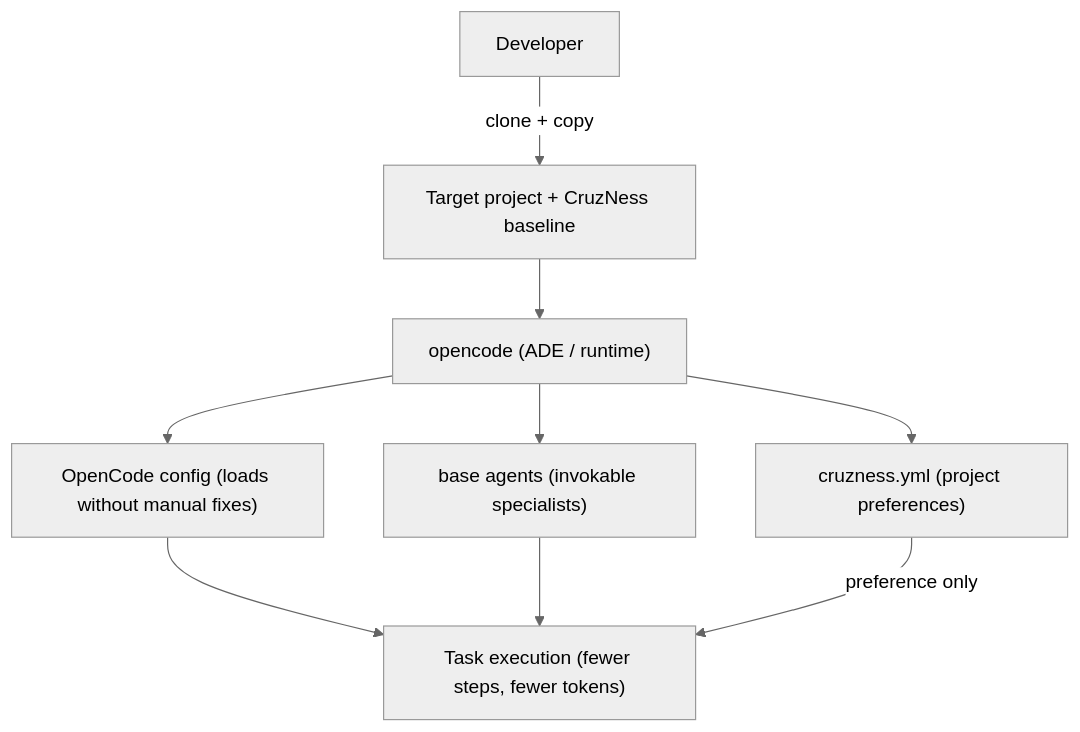
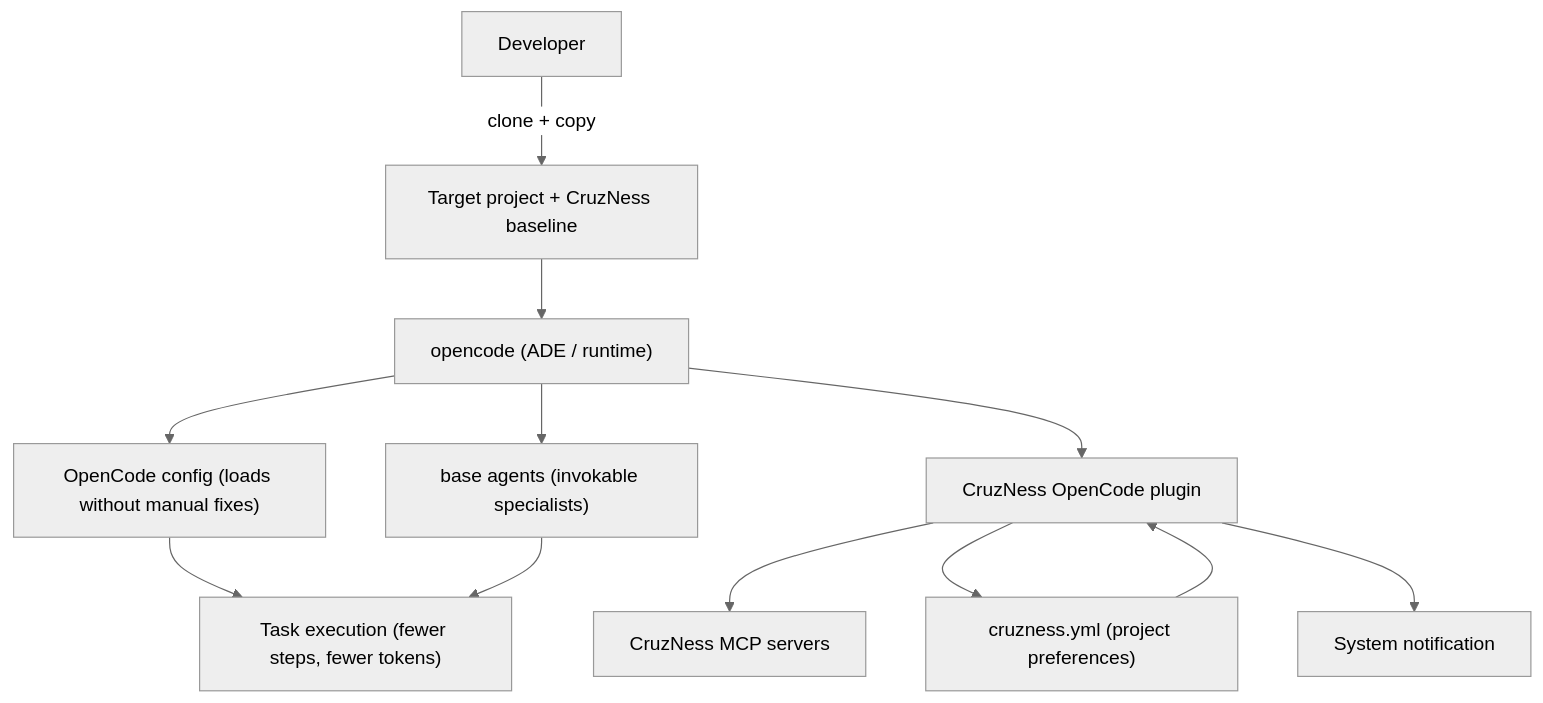
One commit to javizuurc/cruzness changed the diagram in ARCHITECTURE.md. Above: the diagram before and after it, drawn with Mermaid (neutral theme). The commit also changed other lines of this file and 16 other files, not shown here.

Commit message:
feat(plugin): implement CruzNess OpenCode plugin with notification preferences and MCP server registration

````diff
--- a/ARCHITECTURE.md
+++ b/ARCHITECTURE.md
@@ -13,11 +13,14 @@
 ```mermaid
 flowchart TD
   Dev[Developer] -->|clone + copy| Target["Target project + CruzNess baseline"]
   Target --> Runtime["opencode (ADE / runtime)"]
   Runtime --> Config["OpenCode config (loads without manual fixes)"]
-  Runtime --> Cruzness["cruzness.yml (project preferences)"]
+  Runtime --> CruznessPlugin["CruzNess OpenCode plugin"]
+  CruznessPlugin --> MCP["CruzNess MCP servers"]
+  CruznessPlugin --> Cruzness["cruzness.yml (project preferences)"]
   Runtime --> Agents["base agents (invokable specialists)"]
   Config --> Task["Task execution (fewer steps, fewer tokens)"]
   Agents --> Task
-  Cruzness -->|preference only| Task
+  Cruzness --> CruznessPlugin
+  CruznessPlugin --> Notification["System notification"]
 ```
````
